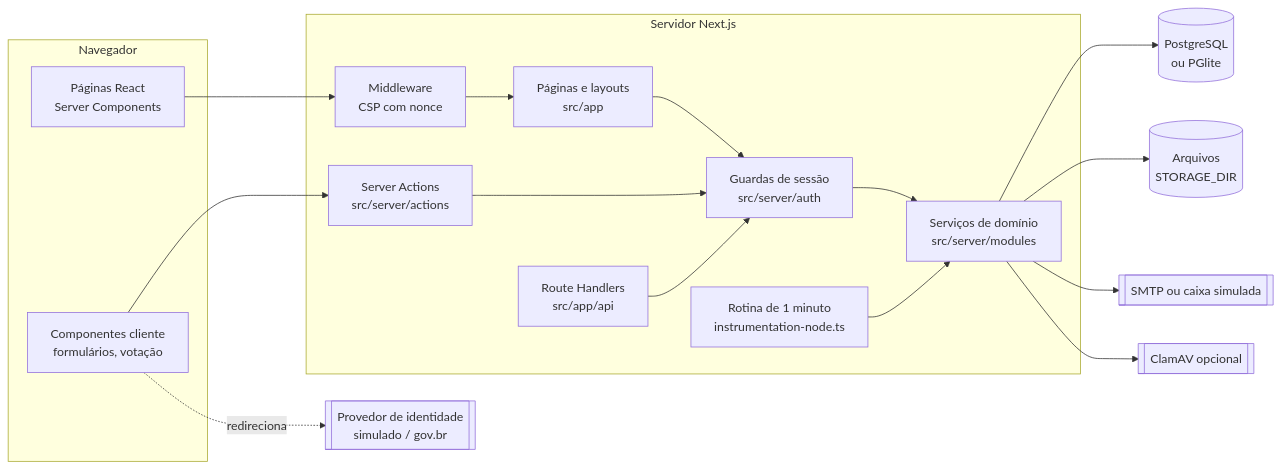
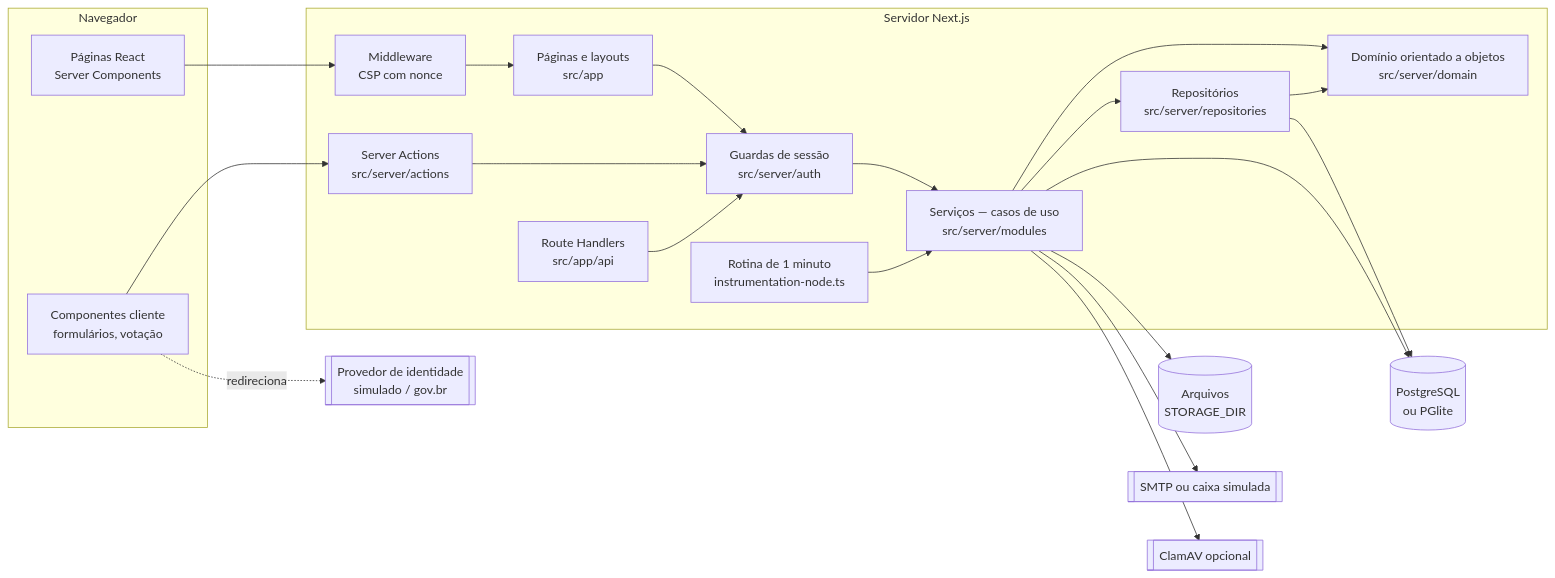
One commit to Pedro-prog777/plataforma-participacao-cidada-municipal changed the first of 6 diagrams in docs/arquitetura/ARQUITETURA.md. Above: the diagram before and after it, drawn with Mermaid. The commit also changed other lines of this file and 25 other files, not shown here.

First line of the commit message:
docs(av03): PRD, especificações, arquitetura com diagramas de classes e DT-35

````diff
--- a/docs/arquitetura/ARQUITETURA.md
+++ b/docs/arquitetura/ARQUITETURA.md
@@ -5,33 +9,39 @@
 ```mermaid
 flowchart LR
   subgraph Navegador
     UI[Páginas React<br/>Server Components]
     CF[Componentes cliente<br/>formulários, votação]
   end
   subgraph Servidor Next.js
     MW[Middleware<br/>CSP com nonce]
     PG[Páginas e layouts<br/>src/app]
     SA[Server Actions<br/>src/server/actions]
     RH[Route Handlers<br/>src/app/api]
     GU[Guardas de sessão<br/>src/server/auth]
-    SV[Serviços de domínio<br/>src/server/modules]
+    SV[Serviços — casos de uso<br/>src/server/modules]
+    DOM[Domínio orientado a objetos<br/>src/server/domain]
+    REP[Repositórios<br/>src/server/repositories]
     SCH[Rotina de 1 minuto<br/>instrumentation-node.ts]
   end
   DB[(PostgreSQL<br/>ou PGlite)]
   FS[(Arquivos<br/>STORAGE_DIR)]
   SMTP[[SMTP ou caixa simulada]]
   IDP[[Provedor de identidade<br/>simulado / gov.br]]
   AV[[ClamAV opcional]]
 
   UI --> MW --> PG
   CF --> SA
   PG --> GU --> SV
   SA --> GU
   RH --> GU
   SCH --> SV
+  SV --> DOM
+  SV --> REP
+  REP --> DOM
+  REP --> DB
   SV --> DB
   SV --> FS
   SV --> SMTP
   SV --> AV
   CF -.redireciona.-> IDP
 ```
````
